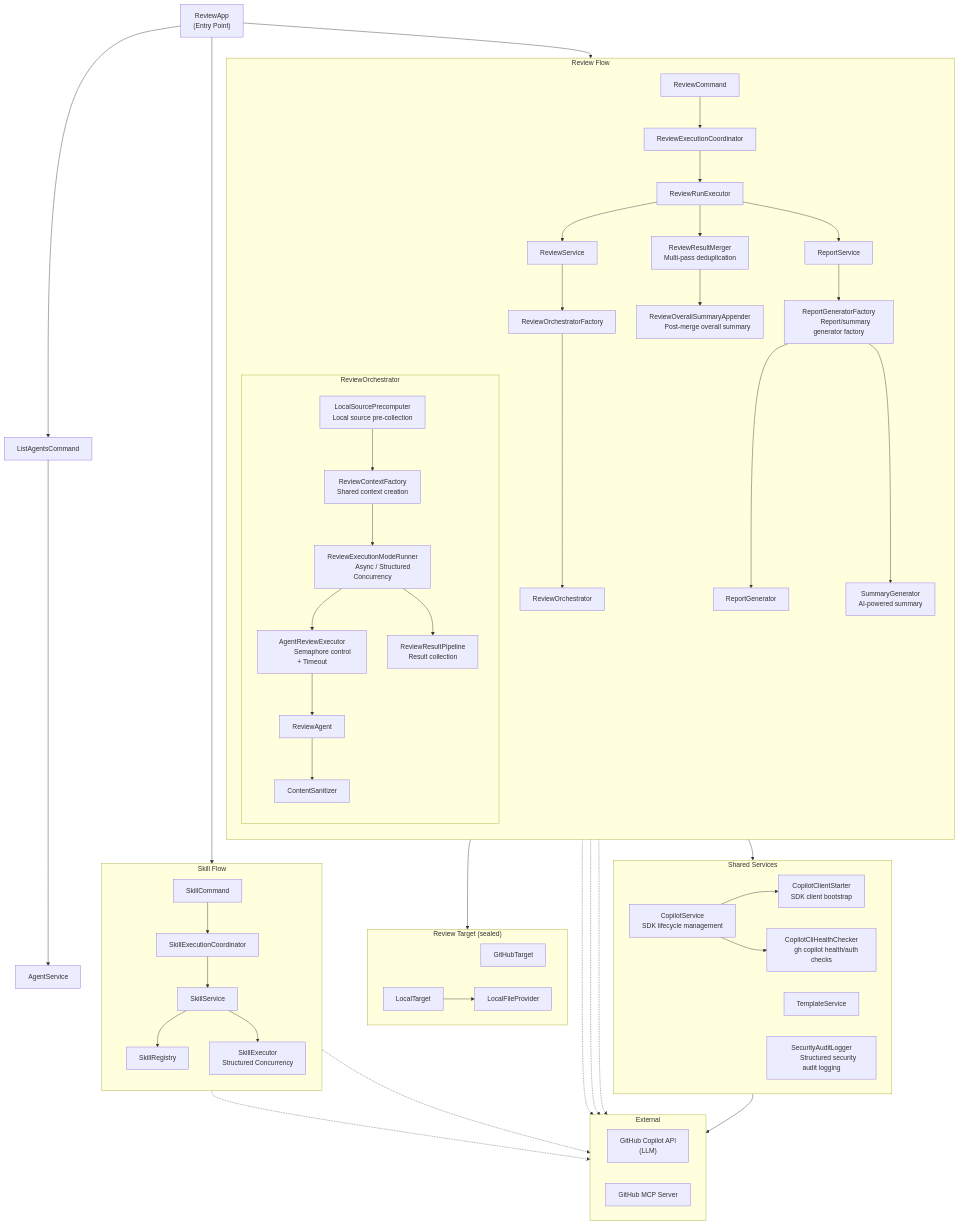
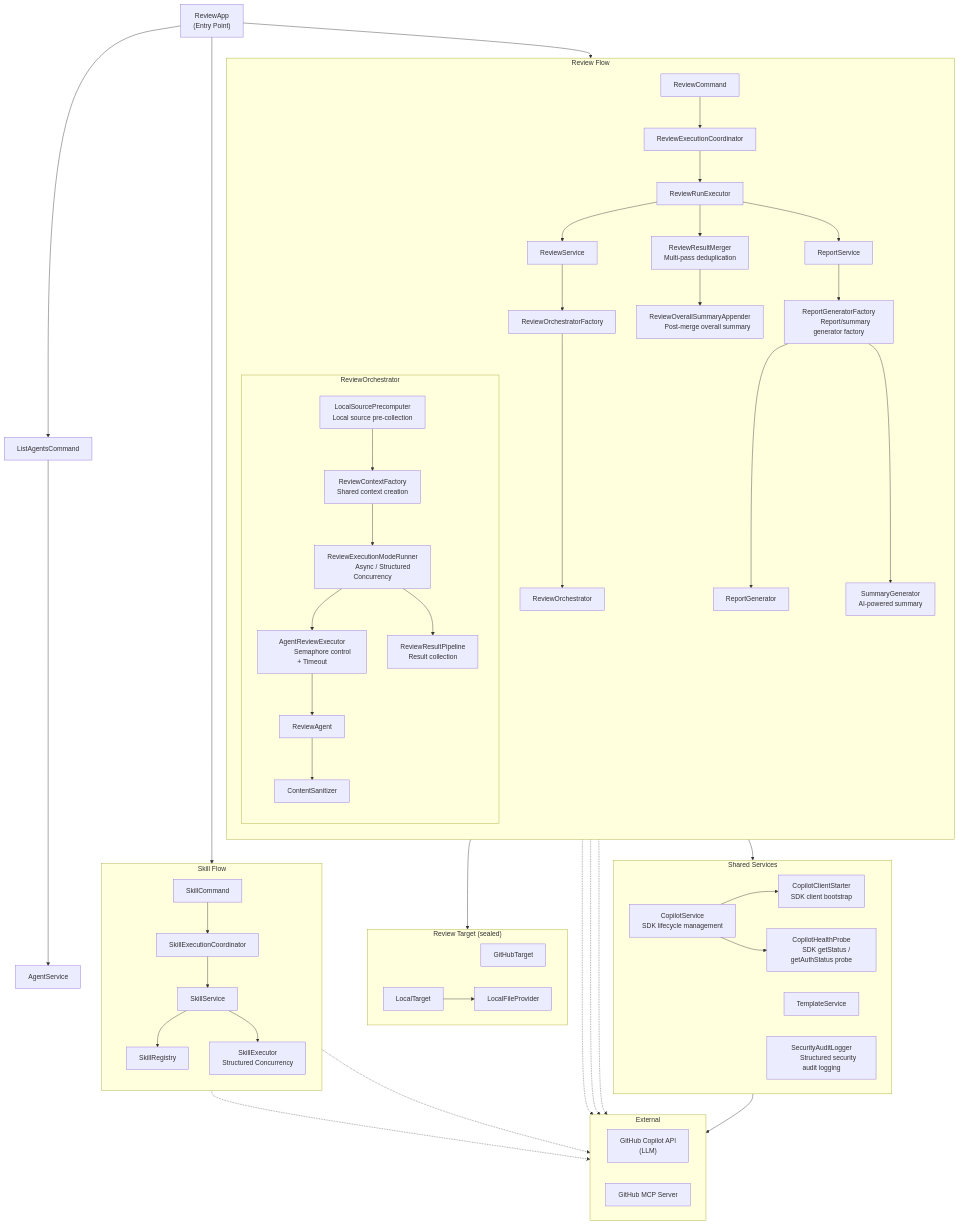
One commit to anishi1222/multi-agent-code-reviewer changed the diagram in README_en.md. Above: the diagram before and after it, drawn with Mermaid. The commit also changed other lines of this file and 51 other files, not shown here.

First line of the commit message:
refactor: maximize Copilot SDK for Java usage; reduce custom implementation (~ -1,100 LoC) (#142)

```diff
--- a/README_en.md
+++ b/README_en.md
@@ -835,8 +836,8 @@
         SDK lifecycle management"]
       CopilotClientStarter["CopilotClientStarter
       SDK client bootstrap"]
-      CopilotCliHealthChecker["CopilotCliHealthChecker
-      gh copilot health/auth checks"]
+      CopilotHealthProbe["CopilotHealthProbe
+      SDK getStatus / getAuthStatus probe"]
         TemplateService
         SecurityAuditLogger["SecurityAuditLogger
         Structured security audit logging"]
@@ -844,7 +845,7 @@
 
     ReviewExecutionCoordinator --> CopilotService
     CopilotService --> CopilotClientStarter
-    CopilotService --> CopilotCliHealthChecker
+    CopilotService --> CopilotHealthProbe
 
     %% ── External ──
     subgraph External["External"]
```
